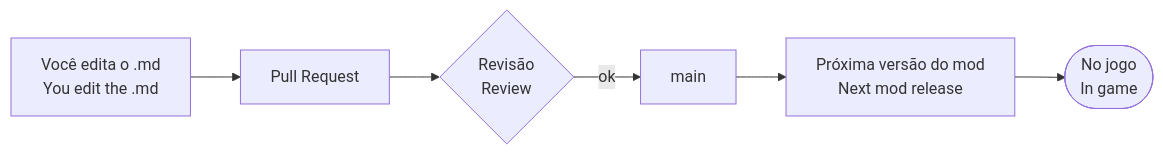
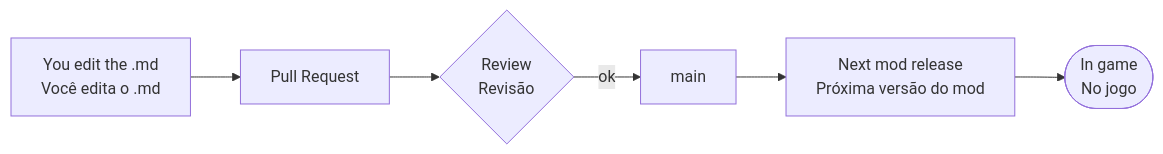
Before and after one commit to brmorillo/better-experience-manual: the diagram in README.md, drawn with Mermaid. The commit also changed other lines of this file and 53 other files, not shown here.

````diff
--- a/README.md
+++ b/README.md
@@ -79,8 +77,8 @@
 ```mermaid
 flowchart LR
-    A[Você edita o .md<br>You edit the .md] --> B[Pull Request]
-    B --> C{Revisão<br>Review}
+    A[You edit the .md<br>Você edita o .md] --> B[Pull Request]
+    B --> C{Review<br>Revisão}
     C -->|ok| D[main]
-    D --> E[Próxima versão do mod<br>Next mod release]
-    E --> F([No jogo<br>In game])
+    D --> E[Next mod release<br>Próxima versão do mod]
+    E --> F([In game<br>No jogo])
 ```
````
